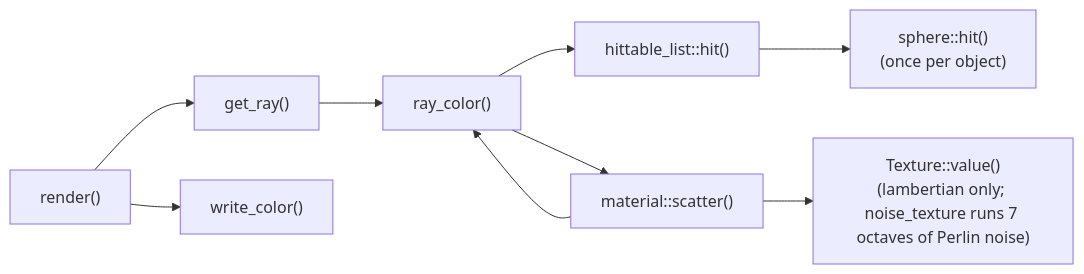
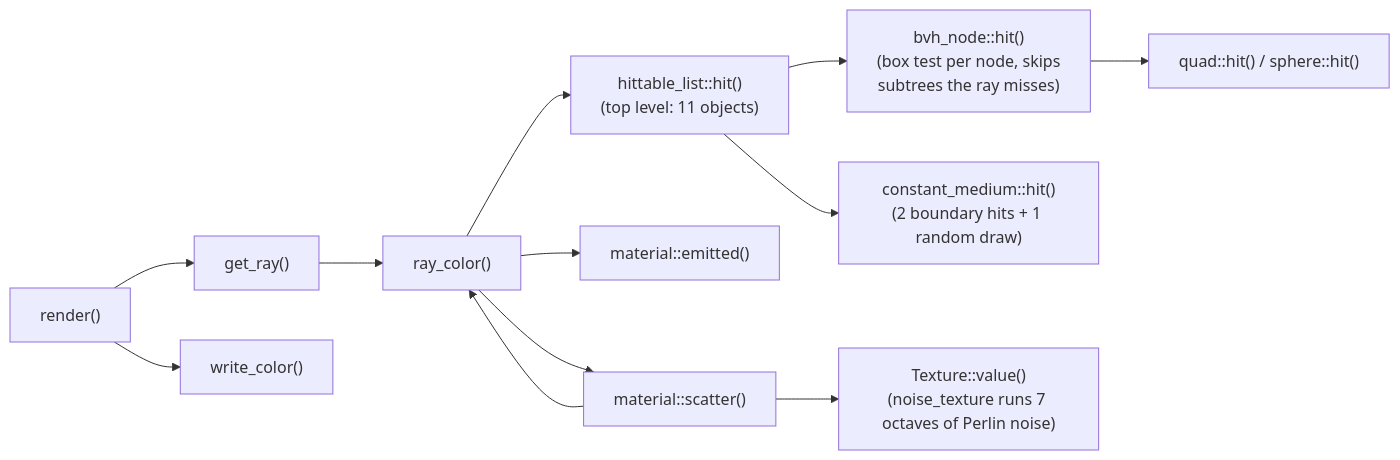
Before and after one commit to Harsha685/Ray_Tracer: the second of 2 diagrams in docs/CALL_GRAPH.md, drawn with Mermaid. The commit also changed other lines of this file and 17 other files, not shown here.

````diff
--- a/docs/CALL_GRAPH.md
+++ b/docs/CALL_GRAPH.md
@@ -206,8 +236,12 @@
 ```mermaid
 flowchart LR
     render["render()"] --> get_ray["get_ray()"] --> ray_color["ray_color()"]
-    ray_color --> list_hit["hittable_list::hit()"] --> sphere_hit["sphere::hit()<br/>(once per object)"]
+    ray_color --> list_hit["hittable_list::hit()<br/>(top level: 11 objects)"]
+    list_hit --> bvh_hit["bvh_node::hit()<br/>(box test per node, skips<br/>subtrees the ray misses)"]
+    bvh_hit --> leaves["quad::hit() / sphere::hit()"]
+    list_hit --> medium["constant_medium::hit()<br/>(2 boundary hits + 1 random draw)"]
+    ray_color --> emitted["material::emitted()"]
     ray_color --> scatter["material::scatter()"] --> ray_color
-    scatter --> value["Texture::value()<br/>(lambertian only; noise_texture runs 7 octaves of Perlin noise)"]
+    scatter --> value["Texture::value()<br/>(noise_texture runs 7 octaves of Perlin noise)"]
     render --> write_color["write_color()"]
 ```
````
